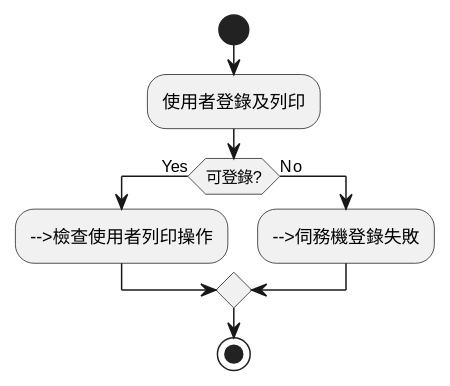
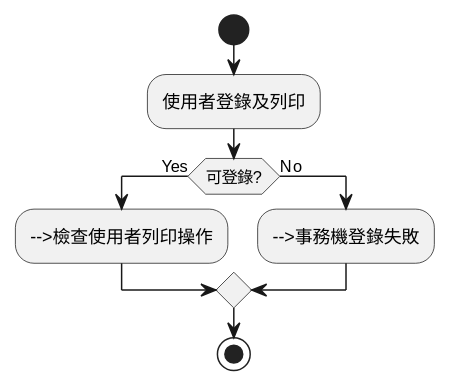
The fourth of 7 diagrams in root/異常處理/無法漫游列印.md (FrancoLiuDev/powermoat_doc), drawn with PlantUML before and after one commit. The commit also changed other lines of this file and 8 other files, not shown here.

````diff
--- a/root/異常處理/無法漫游列印.md
+++ b/root/異常處理/無法漫游列印.md
@@ -67,14 +67,14 @@
 ```plantuml
 @startuml
 start
 :使用者登錄及列印;
 
 if (可登錄?) then (Yes)
   :-->檢查使用者列印操作;
 else (No)
-  :-->伺務機登錄失敗;
+  :-->事務機登錄失敗;
 endif
 
 stop
 @enduml
 ```
````
